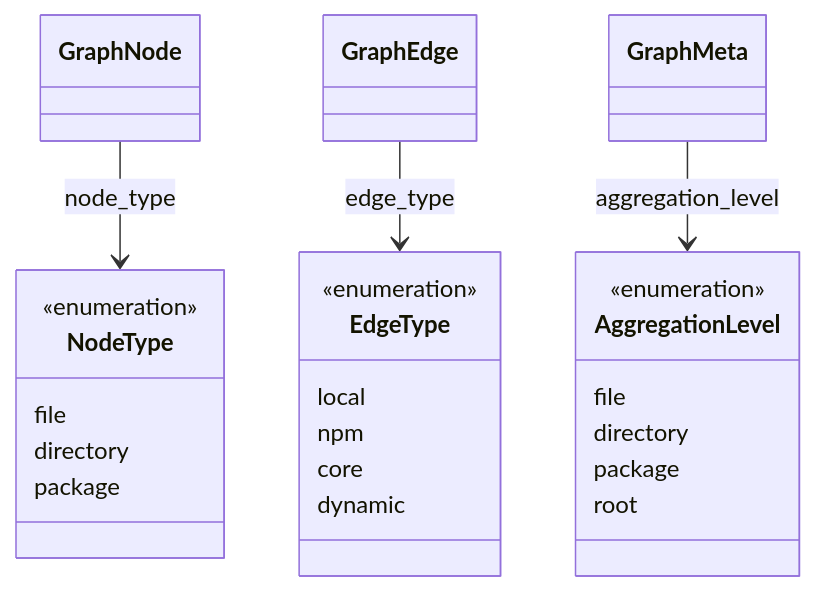
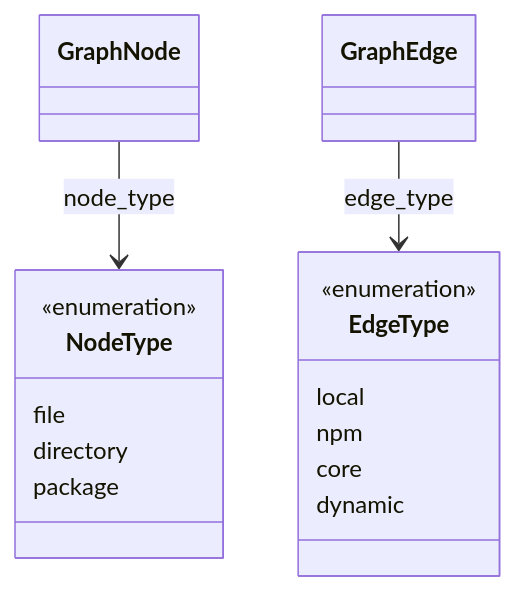
The second of 2 diagrams in docs/backend/data-structures.md (fisher-89/dependency-cruiser-reporter), drawn with Mermaid before and after one commit. The commit also changed other lines of this file and 25 other files, not shown here.

First line of the commit message:
refactor: remove AggregationLevel type and migrate e2e tests to TypeScript

````diff
--- a/docs/backend/data-structures.md
+++ b/docs/backend/data-structures.md
@@ -133,29 +131,20 @@
 ```mermaid
 classDiagram
     class NodeType {
         <<enumeration>>
         file
         directory
         package
     }
 
     class EdgeType {
         <<enumeration>>
         local
         npm
         core
         dynamic
     }
 
-    class AggregationLevel {
-        <<enumeration>>
-        file
-        directory
-        package
-        root
-    }
-
     GraphNode --> NodeType : node_type
     GraphEdge --> EdgeType : edge_type
-    GraphMeta --> AggregationLevel : aggregation_level
 ```
````
